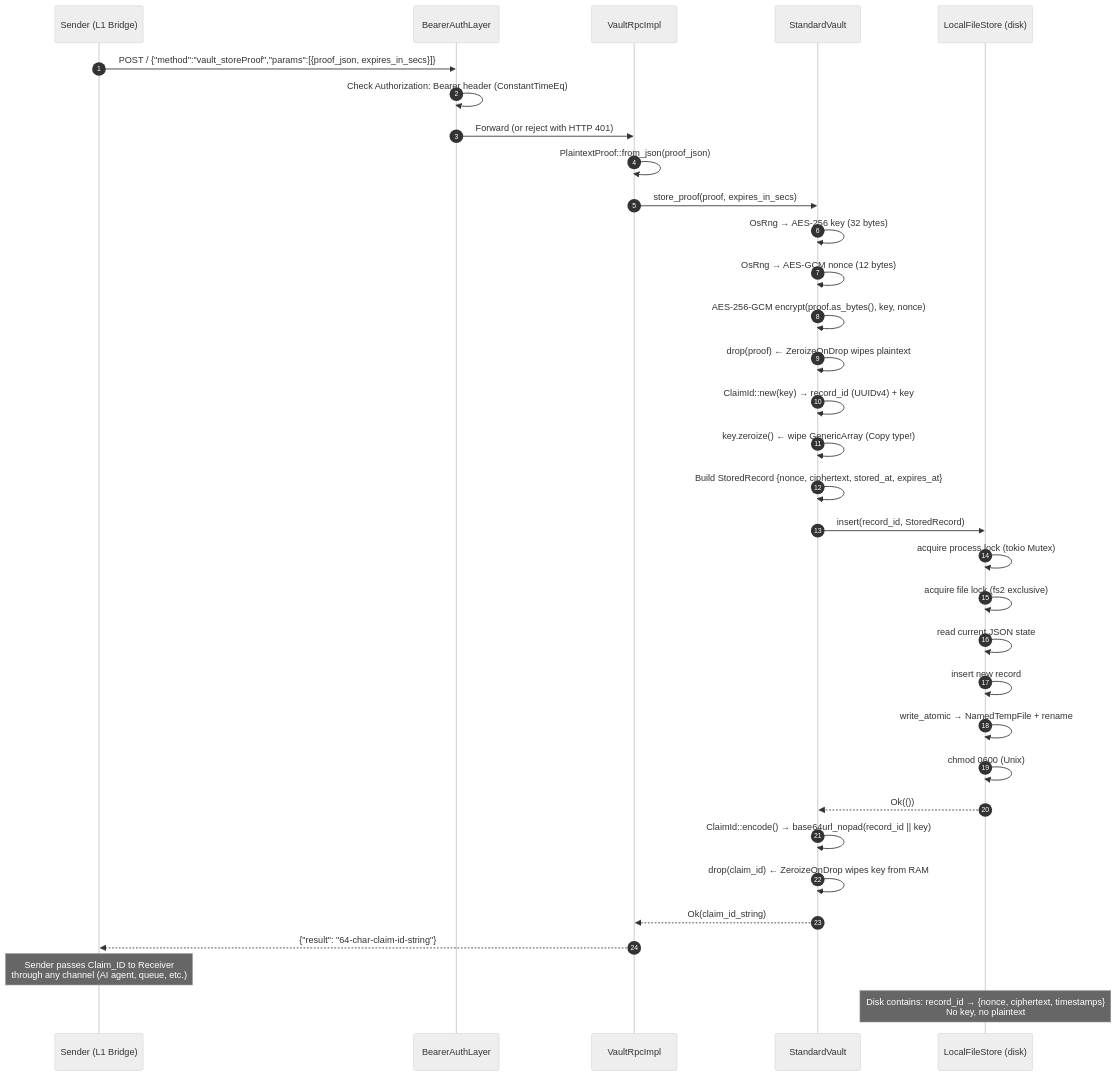
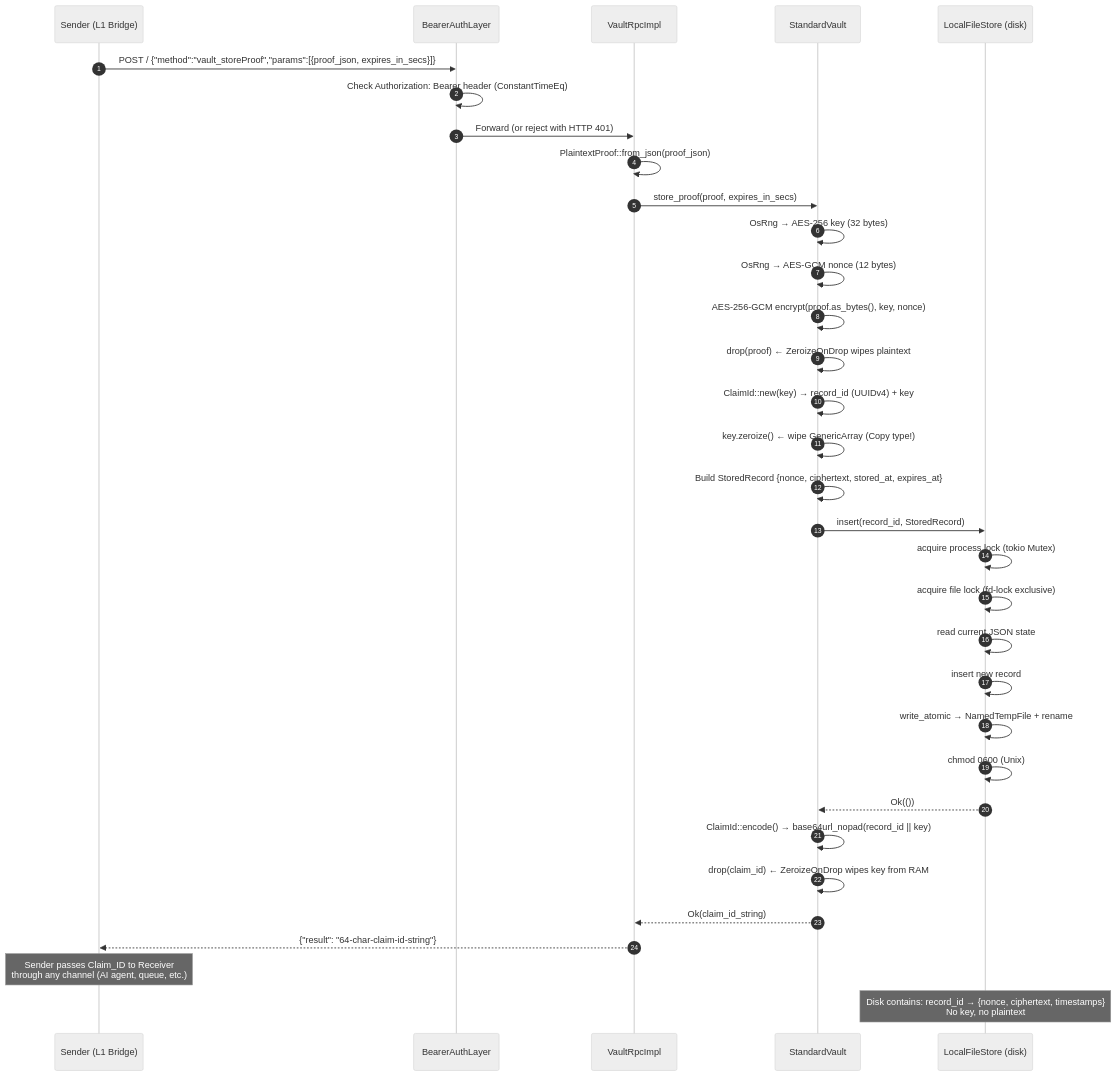
Before and after one commit to tari-project/tari_vault: the first of 5 diagrams in docs/architecture/data-flows.md, drawn with Mermaid (neutral theme). The commit also changed other lines of this file and 21 other files, not shown here.

````diff
--- a/docs/architecture/data-flows.md
+++ b/docs/architecture/data-flows.md
@@ -9,41 +9,41 @@
 ```mermaid
 sequenceDiagram
     autonumber
     participant S as Sender (L1 Bridge)
     participant A as BearerAuthLayer
     participant R as VaultRpcImpl
     participant V as StandardVault
     participant D as LocalFileStore (disk)
 
     S->>A: POST / {"method":"vault_storeProof","params":[{proof_json, expires_in_secs}]}
     A->>A: Check Authorization: Bearer header (ConstantTimeEq)
     A->>R: Forward (or reject with HTTP 401)
 
     R->>R: PlaintextProof::from_json(proof_json)
     R->>V: store_proof(proof, expires_in_secs)
 
     V->>V: OsRng → AES-256 key (32 bytes)
     V->>V: OsRng → AES-GCM nonce (12 bytes)
     V->>V: AES-256-GCM encrypt(proof.as_bytes(), key, nonce)
     V->>V: drop(proof)  ← ZeroizeOnDrop wipes plaintext
     V->>V: ClaimId::new(key) → record_id (UUIDv4) + key
     V->>V: key.zeroize()  ← wipe GenericArray (Copy type!)
     V->>V: Build StoredRecord {nonce, ciphertext, stored_at, expires_at}
 
     V->>D: insert(record_id, StoredRecord)
     D->>D: acquire process lock (tokio Mutex)
-    D->>D: acquire file lock (fs2 exclusive)
+    D->>D: acquire file lock (fd-lock exclusive)
     D->>D: read current JSON state
     D->>D: insert new record
     D->>D: write_atomic → NamedTempFile + rename
     D->>D: chmod 0600 (Unix)
     D-->>V: Ok(())
 
     V->>V: ClaimId::encode() → base64url_nopad(record_id || key)
     V->>V: drop(claim_id)  ← ZeroizeOnDrop wipes key from RAM
     V-->>R: Ok(claim_id_string)
     R-->>S: {"result": "64-char-claim-id-string"}
 
     Note over S: Sender passes Claim_ID to Receiver<br/>through any channel (AI agent, queue, etc.)
     Note over D: Disk contains: record_id → {nonce, ciphertext, timestamps}<br/>No key, no plaintext
 ```
````
